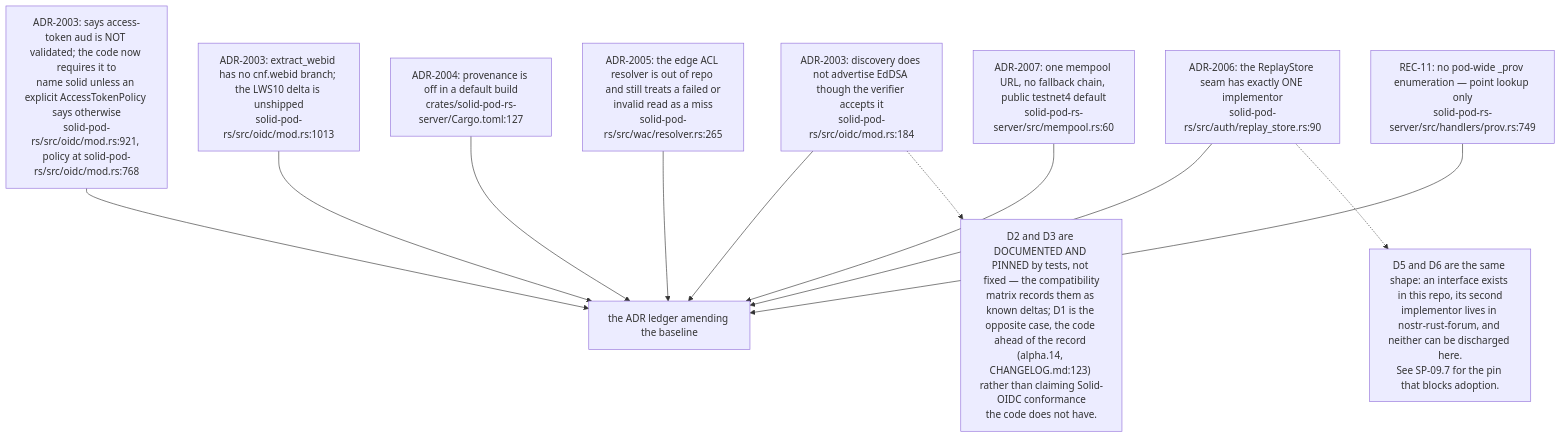
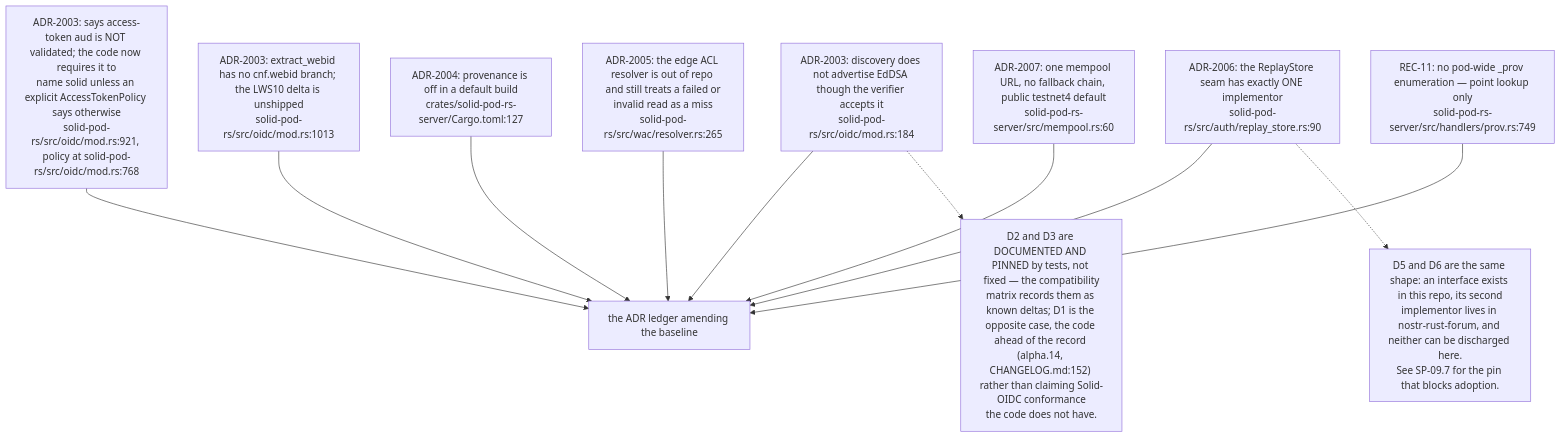
The sixth of 12 diagrams in docs/diagrams/solid-pod-rs/10-failure-modes-and-invariants.md (DreamLab-AI/VisionFlow), drawn with Mermaid before and after one commit. The commit also changed other lines of this file and 142 other files, not shown here.

First line of the commit message:
docs(diagrams): one System One route; re-verify 140 topics at today's heads

````diff
--- a/docs/diagrams/solid-pod-rs/10-failure-modes-and-invariants.md
+++ b/docs/diagrams/solid-pod-rs/10-failure-modes-and-invariants.md
@@ -177,25 +177,25 @@
 ```mermaid
 flowchart TD
     D1["ADR-2003: says access-token aud is NOT validated; the code now requires it to<br/>name solid unless an explicit AccessTokenPolicy says otherwise<br/>solid-pod-rs/src/oidc/mod.rs:921, policy at solid-pod-rs/src/oidc/mod.rs:768"]
     D2["ADR-2003: extract_webid has no cnf.webid branch; the LWS10 delta is unshipped<br/>solid-pod-rs/src/oidc/mod.rs:1013"]
     D3["ADR-2003: discovery does not advertise EdDSA though the verifier accepts it<br/>solid-pod-rs/src/oidc/mod.rs:184"]
     D4["ADR-2004: provenance is off in a default build<br/>crates/solid-pod-rs-server/Cargo.toml:127"]
     D5["ADR-2005: the edge ACL resolver is out of repo and still treats a failed or<br/>invalid read as a miss<br/>solid-pod-rs/src/wac/resolver.rs:265"]
     D6["ADR-2006: the ReplayStore seam has exactly ONE implementor<br/>solid-pod-rs/src/auth/replay_store.rs:90"]
     D7["ADR-2007: one mempool URL, no fallback chain, public testnet4 default<br/>solid-pod-rs-server/src/mempool.rs:60"]
     D8["REC-11: no pod-wide _prov enumeration — point lookup only<br/>solid-pod-rs-server/src/handlers/prov.rs:749"]
 
     D1 --> LEDGER["the ADR ledger amending the baseline"]
     D2 --> LEDGER
     D3 --> LEDGER
     D4 --> LEDGER
     D5 --> LEDGER
     D6 --> LEDGER
     D7 --> LEDGER
     D8 --> LEDGER
 
-    N["D2 and D3 are DOCUMENTED AND PINNED by tests, not fixed — the compatibility<br/>matrix records them as known deltas; D1 is the opposite case, the code ahead of the record (alpha.14, CHANGELOG.md:123) rather than claiming Solid-OIDC conformance<br/>the code does not have."]
+    N["D2 and D3 are DOCUMENTED AND PINNED by tests, not fixed — the compatibility<br/>matrix records them as known deltas; D1 is the opposite case, the code ahead of the record (alpha.14, CHANGELOG.md:152) rather than claiming Solid-OIDC conformance<br/>the code does not have."]
     D3 -.-> N
     N2["D5 and D6 are the same shape: an interface exists in this repo, its second<br/>implementor lives in nostr-rust-forum, and neither can be discharged here.<br/>See SP-09.7 for the pin that blocks adoption."]
     D6 -.-> N2
 ```
````
